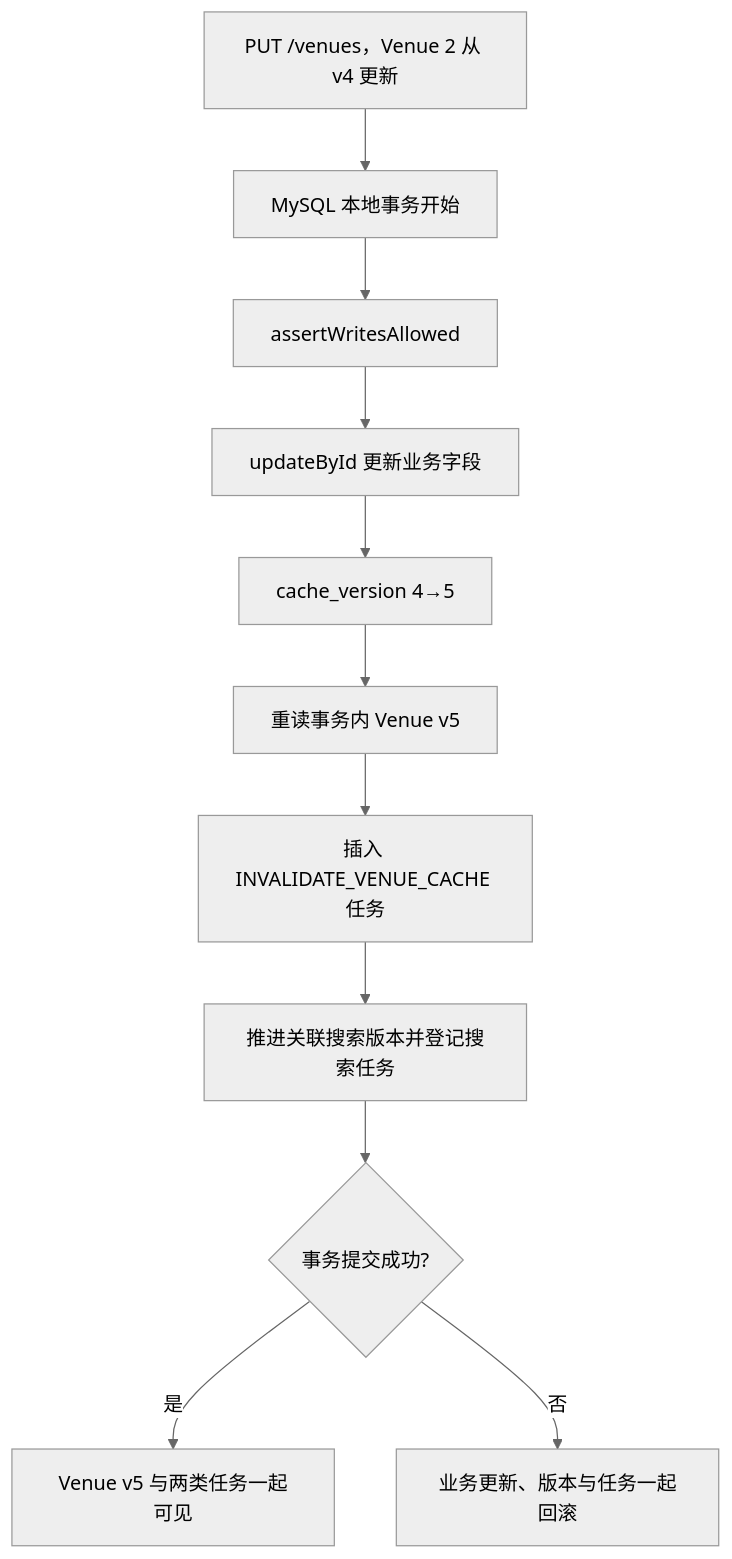
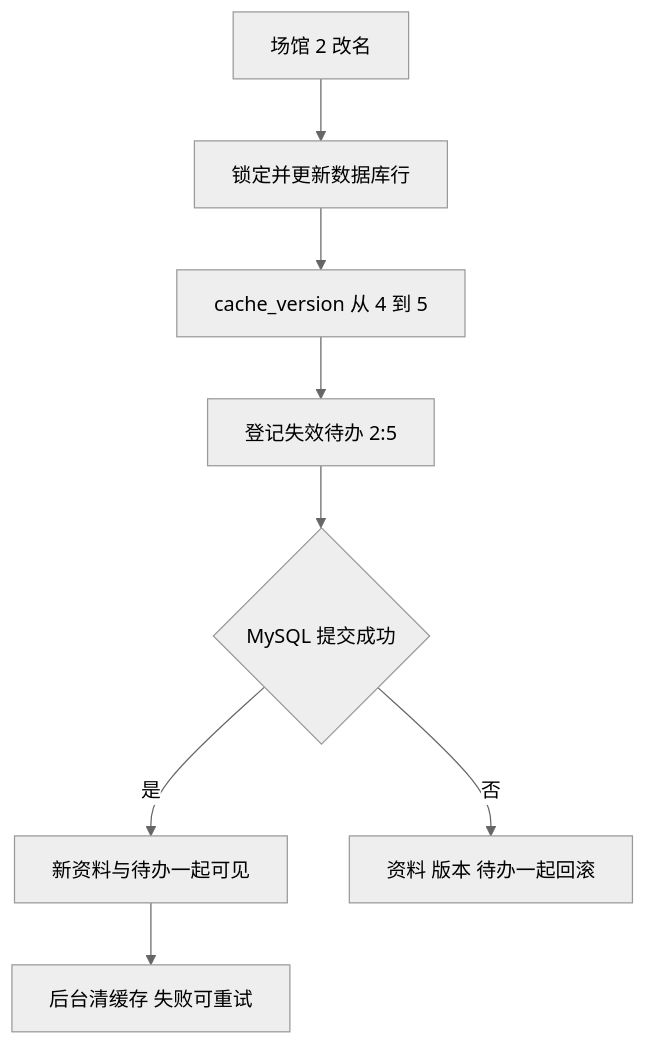
Before and after one commit to SyH-101/citypass-platform: the tenth of 16 diagrams in 02-多级缓存一致性.md, drawn with Mermaid (neutral theme). The commit also changed other lines of this file and 159 other files, not shown here.

````diff
--- a/02-多级缓存一致性.md
+++ b/02-多级缓存一致性.md
@@ -920,13 +723,10 @@
 ```mermaid
 flowchart TD
-    A["PUT /venues，Venue 2 从 v4 更新"] --> T["MySQL 本地事务开始"]
-    T --> B["assertWritesAllowed"]
-    B --> C["updateById 更新业务字段"]
-    C --> D["cache_version 4→5"]
-    D --> E["重读事务内 Venue v5"]
-    E --> F["插入 INVALIDATE_VENUE_CACHE 任务"]
-    F --> G["推进关联搜索版本并登记搜索任务"]
-    G --> H{"事务提交成功?"}
-    H -- "是" --> I["Venue v5 与两类任务一起可见"]
-    H -- "否" --> J["业务更新、版本与任务一起回滚"]
+    A["场馆 2 改名"] --> B["锁定并更新数据库行"]
+    B --> C["cache_version 从 4 到 5"]
+    C --> D["登记失效待办 2:5"]
+    D --> E{"MySQL 提交成功"}
+    E -->|是| F["新资料与待办一起可见"]
+    E -->|否| G["资料 版本 待办一起回滚"]
+    F --> H["后台清缓存 失败可重试"]
 ```
````
